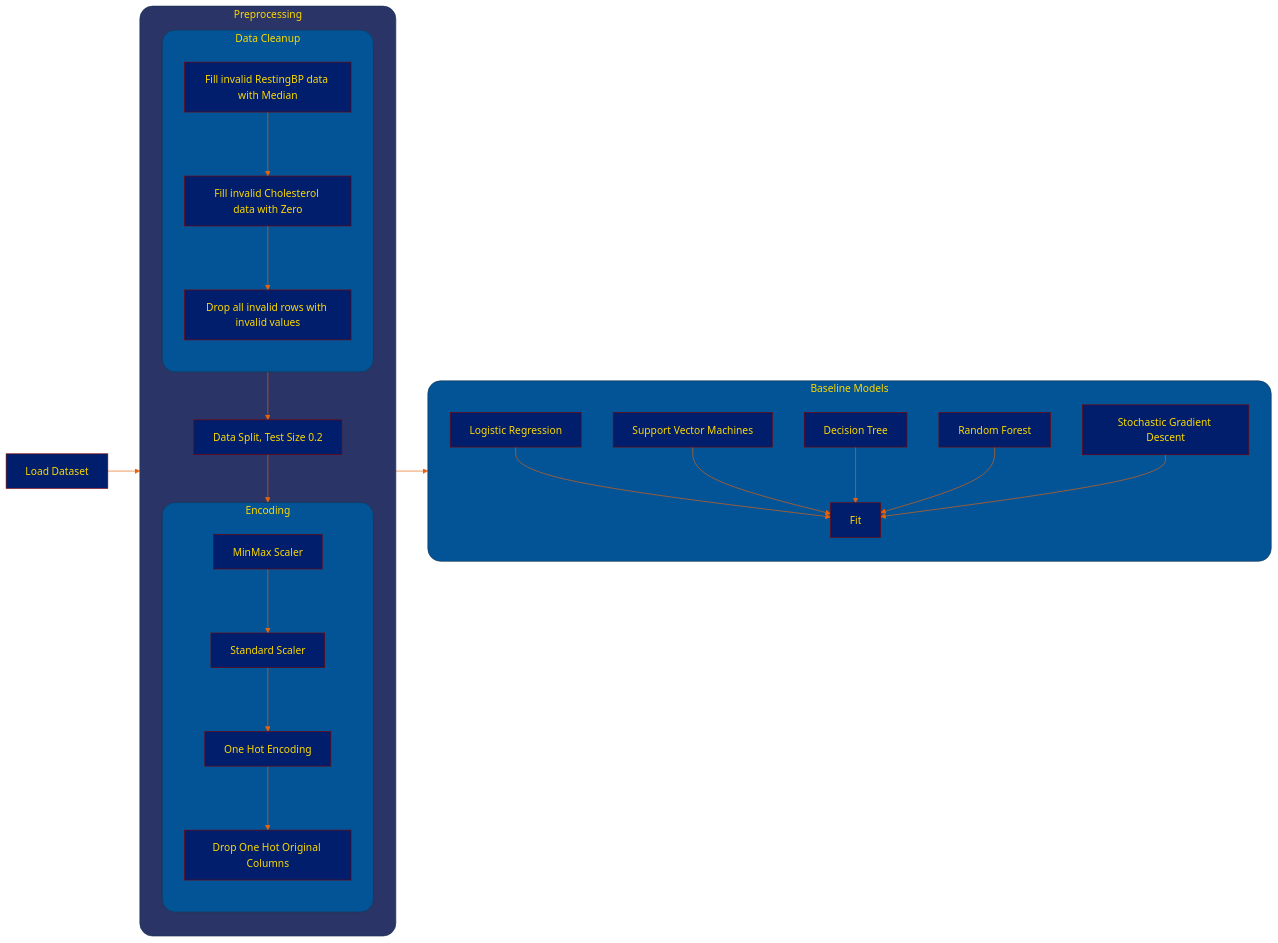
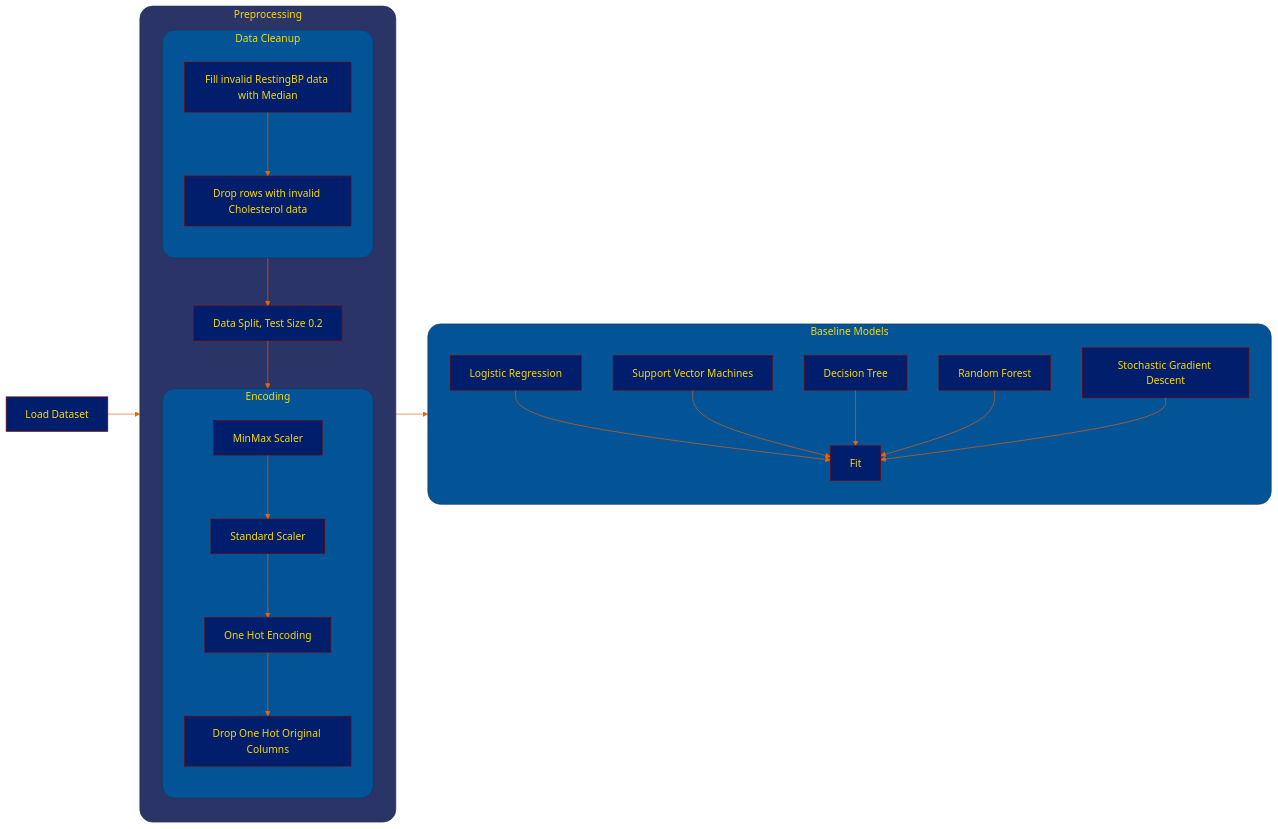
One commit to rashika-dabas/Heart-Failure-Prediction changed the diagram in README.md. Above: the diagram before and after it, drawn with Mermaid.

````diff
--- a/README.md
+++ b/README.md
@@ -7,62 +7,61 @@
 ```mermaid
 %%{
   init: {
     'theme': 'base',
     'themeVariables': {
       'primaryColor': '#001E6C',
       'primaryTextColor': '#FCD900',
       'primaryBorderColor': '#7C0000',
       'lineColor': '#E8630A',
       'secondaryColor': '#BAD7E9',
       'tertiaryColor': '#035397'
     }
   }
 }%%
 
 graph LR
     subgraph prepro[Preprocessing]
         direction TB
         clean --> split[Data Split, Test Size 0.2]
         split --> enc
     end
     style prepro fill:#2B3467,color:#FCD900,rx:20,ry:20;
 
     subgraph clean[Data Cleanup]
         direction TB
-        CA[Fill invalid RestingBP data with Median ] --> CB[Fill invalid Cholesterol data with Zero] 
-        CB --> CC[Drop all invalid rows with invalid values]
+        CA[Fill invalid RestingBP data with Median] --> CB[Drop rows with invalid Cholesterol data] 
     end
     style clean color:#FCD900,rx:20,ry:20;
 
 
     subgraph enc[Encoding]
         direction TB
         EA[MinMax Scaler] --> EB[Standard Scaler]
         EB --> EC[One Hot Encoding]
         EC --> ED[Drop One Hot Original Columns]
     end
     style enc color:#FCD900,rx:20,ry:20;
 
     subgraph blmodel[Baseline Models]
         direction TB
         BA[Logistic Regression]
         BB[Support Vector Machines]
         BC[Decision Tree]
         BD[Random Forest]
         BE[Stochastic Gradient Descent]
         BF[Fit]
         BA --> BF
         BB --> BF
         BC --> BF
         BD --> BF
         BE --> BF
 
 
 
     end
     style blmodel color:#FCD900,rx:20,ry:20;
 
     A[Load Dataset] --> prepro
     prepro --> blmodel
 
 ```
````
